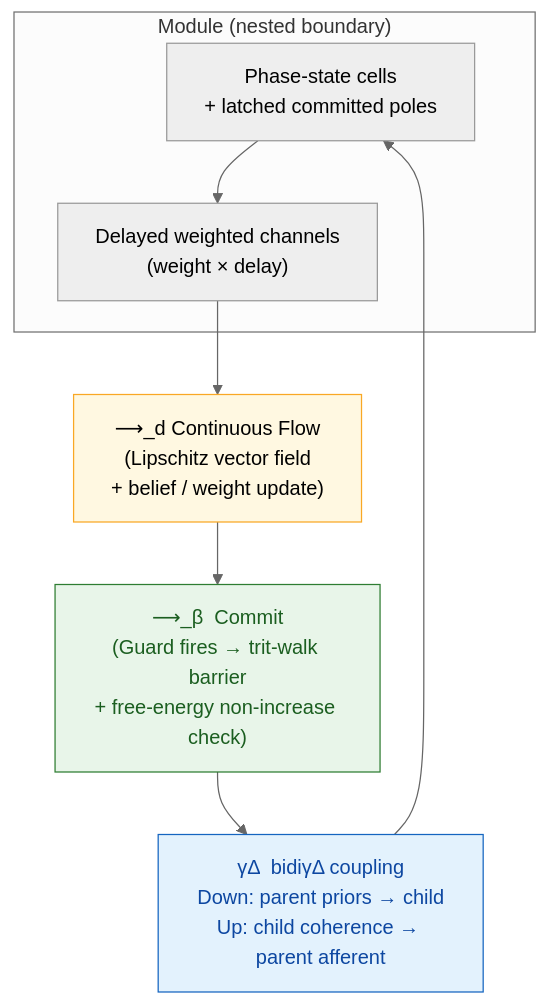
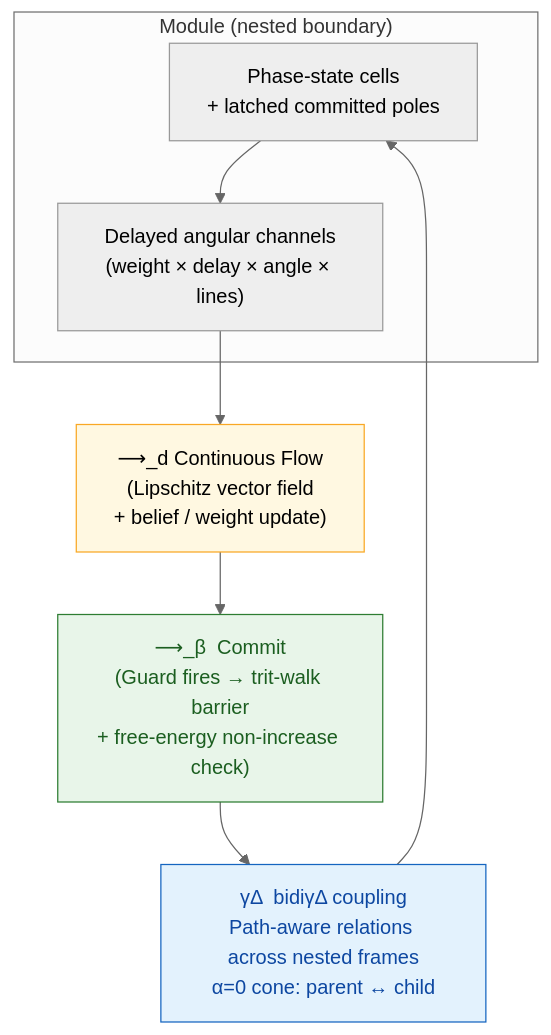
Before and after one commit to ETEllis/BiDi-Coherence-Delta-Calculus: the diagram in README.md, drawn with Mermaid (neutral theme). The commit also changed other lines of this file and 13 other files, not shown here.

Commit message:
Add angular path relation channels

````diff
--- a/README.md
+++ b/README.md
@@ -35,21 +35,21 @@
 ```mermaid
 flowchart TD
     subgraph M["Module (nested boundary)"]
         Cells["Phase-state cells<br/>+ latched committed poles"]
-        Channels["Delayed weighted channels<br/>(weight × delay)"]
+    Channels["Delayed angular channels<br/>(weight × delay × angle × lines)"]
         Cells --> Channels
     end
 
     Flow["⟶_d  Continuous Flow<br/>(Lipschitz vector field<br/>+ belief / weight update)"]
     Commit["⟶_β  Commit<br/>(Guard fires → trit-walk barrier<br/>+ free-energy non-increase check)"]
-    Bidi["γΔ  bidiγΔ coupling<br/>Down: parent priors → child<br/>Up: child coherence → parent afferent"]
+    Bidi["γΔ  bidiγΔ coupling<br/>Path-aware relations across nested frames<br/>α=0 cone: parent ↔ child"]
 
     Channels --> Flow
     Flow --> Commit
     Commit --> Bidi
     Bidi --> Cells
 
     style Commit fill:#e8f5e9,stroke:#2e7d32,color:#1b5e20
     style Bidi fill:#e3f2fd,stroke:#1565c0,color:#0d47a1
     style Flow fill:#fff8e1,stroke:#f9a825
 ```
````
